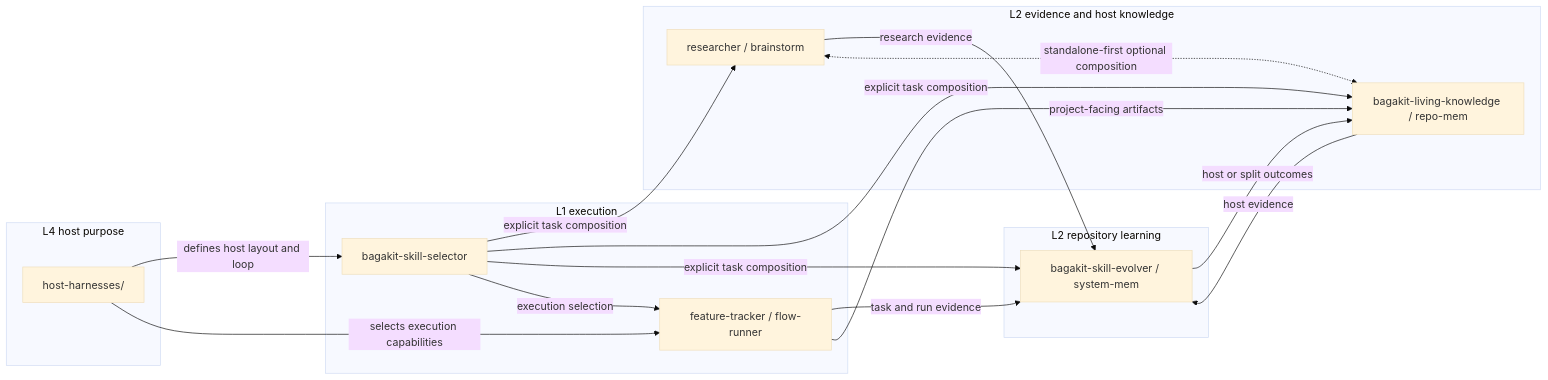
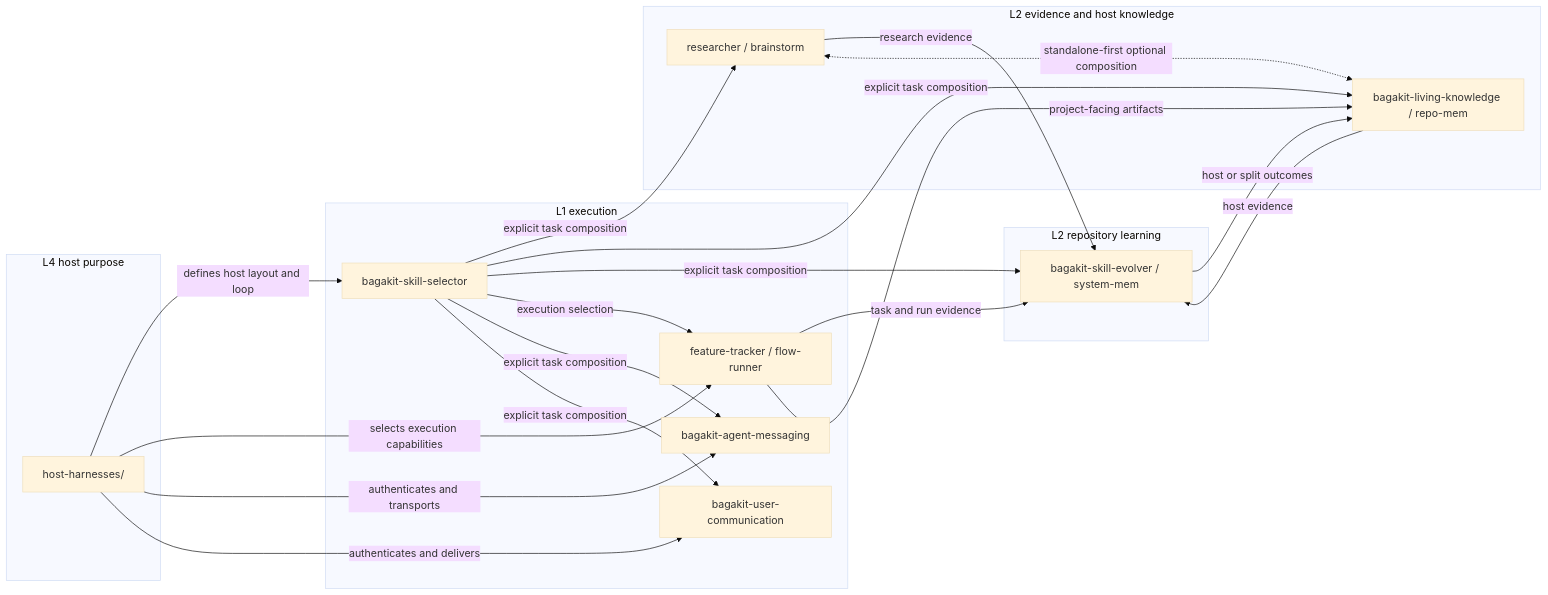
The diagram in docs/architecture/A3-core-harness-topology.md (bagakit/bagakit), drawn with Mermaid (base theme) before and after one commit. The commit also changed other lines of this file and 38 other files, not shown here.

````diff
--- a/docs/architecture/A3-core-harness-topology.md
+++ b/docs/architecture/A3-core-harness-topology.md
@@ -49,35 +50,41 @@
 ```mermaid
 flowchart LR
     subgraph L4["L4 host purpose"]
         HOST["host-harnesses/<harness-id>"]
     end
 
     subgraph L1["L1 execution"]
         SEL["bagakit-skill-selector"]
         RUN["feature-tracker / flow-runner"]
+        MSG["bagakit-agent-messaging"]
+        USER["bagakit-user-communication"]
     end
 
     subgraph L2A["L2 evidence and host knowledge"]
         RES["researcher / brainstorm"]
         LIV["bagakit-living-knowledge / repo-mem"]
     end
 
     subgraph L2B["L2 repository learning"]
         EVO["bagakit-skill-evolver / system-mem"]
     end
 
     SEL -->|explicit task composition| RES
     SEL -->|explicit task composition| LIV
     SEL -->|explicit task composition| EVO
     SEL -->|execution selection| RUN
+    SEL -->|explicit task composition| MSG
+    SEL -->|explicit task composition| USER
 
     RUN -->|task and run evidence| EVO
     RUN -->|project-facing artifacts| LIV
     RES -->|research evidence| EVO
     LIV -->|host evidence| EVO
     EVO -->|host or split outcomes| LIV
 
     RES <-.standalone-first optional composition.-> LIV
     HOST -->|defines host layout and loop| SEL
     HOST -->|selects execution capabilities| RUN
+    HOST -->|authenticates and transports| MSG
+    HOST -->|authenticates and delivers| USER
 ```
````
